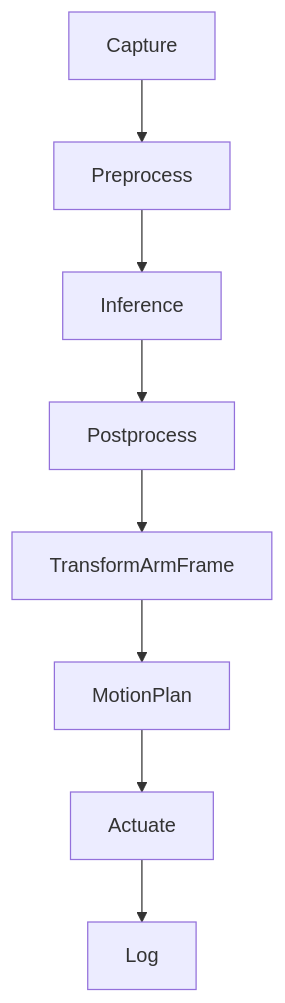
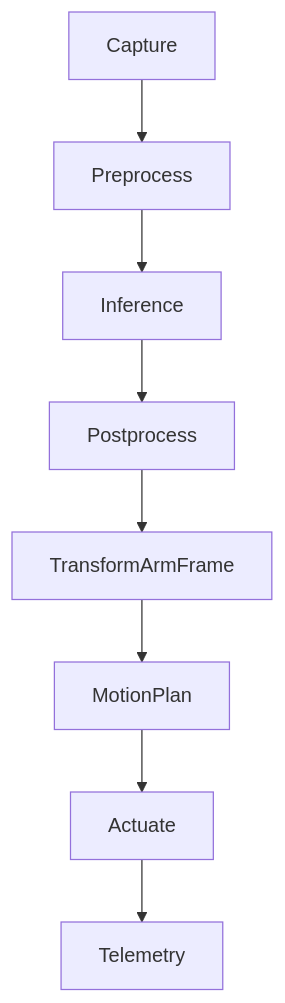
Before and after one commit to talhagohar32134/Robotic-Arm-Based-Skin-Tumor-Detection-Intervention-System-Using-Deep-Learning: the third of 3 diagrams in README.md, drawn with Mermaid. The commit also changed other lines of this file, not shown here.

````diff
--- a/README.md
+++ b/README.md
@@ -269,10 +237,10 @@
 ```mermaid
 flowchart TD
   Capture --> Preprocess
   Preprocess --> Inference
   Inference --> Postprocess
   Postprocess --> TransformArmFrame
   TransformArmFrame --> MotionPlan
   MotionPlan --> Actuate
-  Actuate --> Log
+  Actuate --> Telemetry
 ```
````
